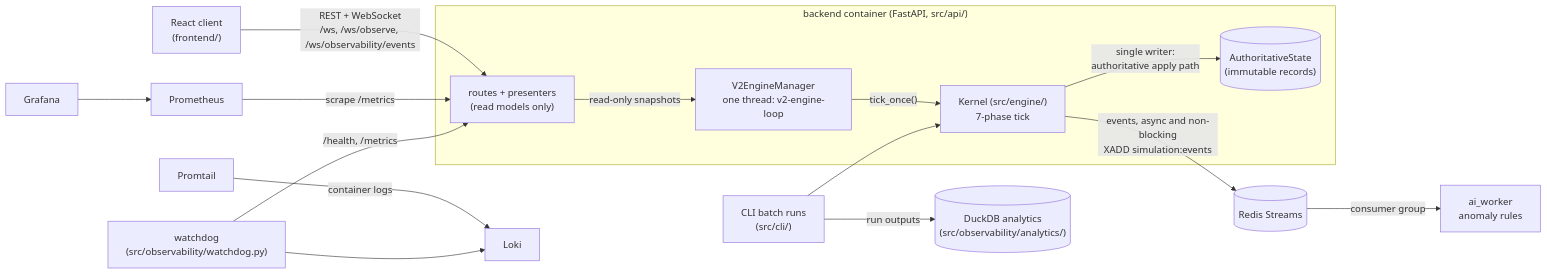
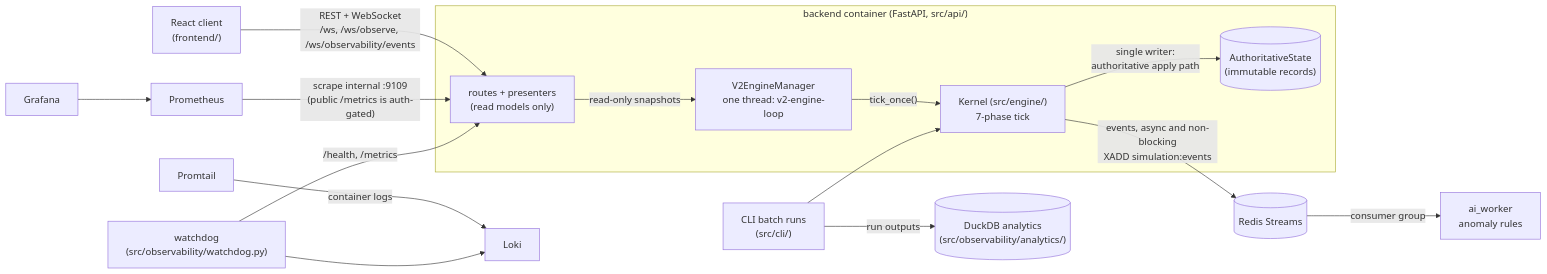
One commit to ttnhan18062000/rpg-based-simulation changed the diagram in docs/architecture/system_overview.md. Above: the diagram before and after it, drawn with Mermaid. The commit also changed other lines of this file and 1 other file, not shown here.

````diff
--- a/docs/architecture/system_overview.md
+++ b/docs/architecture/system_overview.md
@@ -22,20 +22,20 @@
 ```mermaid
 flowchart LR
     UI["React client<br/>(frontend/)"] -- "REST + WebSocket<br/>/ws, /ws/observe, /ws/observability/events" --> API
 
     subgraph backend["backend container (FastAPI, src/api/)"]
         API["routes + presenters<br/>(read models only)"] -- "read-only snapshots" --> MGR["V2EngineManager<br/>one thread: v2-engine-loop"]
         MGR -- "tick_once()" --> K["Kernel (src/engine/)<br/>7-phase tick"]
         K -- "single writer:<br/>authoritative apply path" --> S[("AuthoritativeState<br/>(immutable records)")]
     end
 
     K -- "events, async and non-blocking<br/>XADD simulation:events" --> R[("Redis Streams")]
     R -- "consumer group" --> W["ai_worker<br/>anomaly rules"]
-    P["Prometheus"] -- "scrape /metrics" --> API
+    P["Prometheus"] -- "scrape internal :9109<br/>(public /metrics is auth-gated)" --> API
     G["Grafana"] --> P
     PT["Promtail"] -- "container logs" --> L["Loki"]
     WD["watchdog<br/>(src/observability/watchdog.py)"] -- "/health, /metrics" --> API
     WD --> L
     CLI["CLI batch runs<br/>(src/cli/)"] --> K
     CLI -- "run outputs" --> DW[("DuckDB analytics<br/>(src/observability/analytics/)")]
 ```
````
